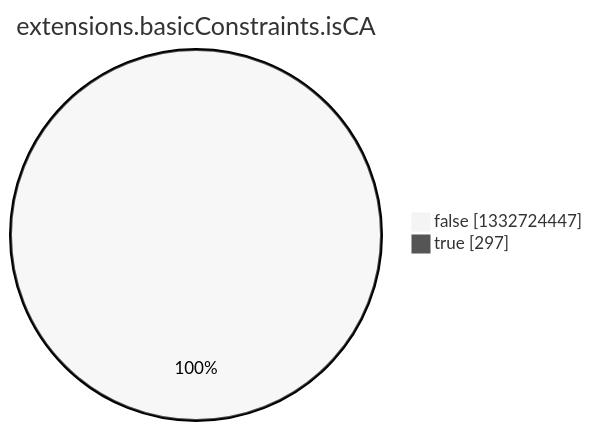
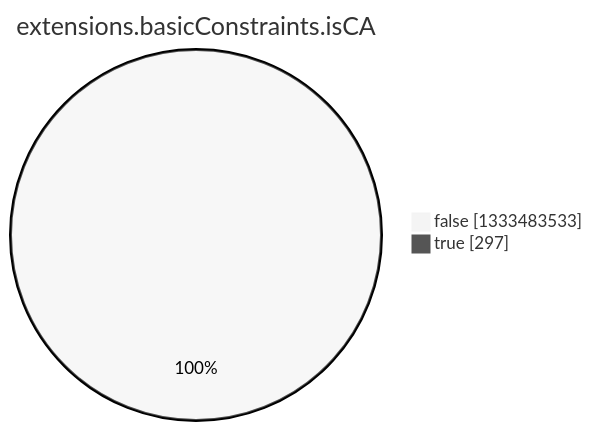
Before and after one commit to christiankrug/ctmonitor_visualization: the eighth of 15 diagrams in argon2022/README.md, drawn with Mermaid (neutral theme). The commit also changed other lines of this file, not shown here.

````diff
--- a/argon2022/README.md
+++ b/argon2022/README.md
@@ -2758,6 +2758,6 @@
 ```mermaid
 pie showData
 title extensions.basicConstraints.isCA
-"false" :1332724447
+"false" :1333483533
 "true" :297
 ```
````
